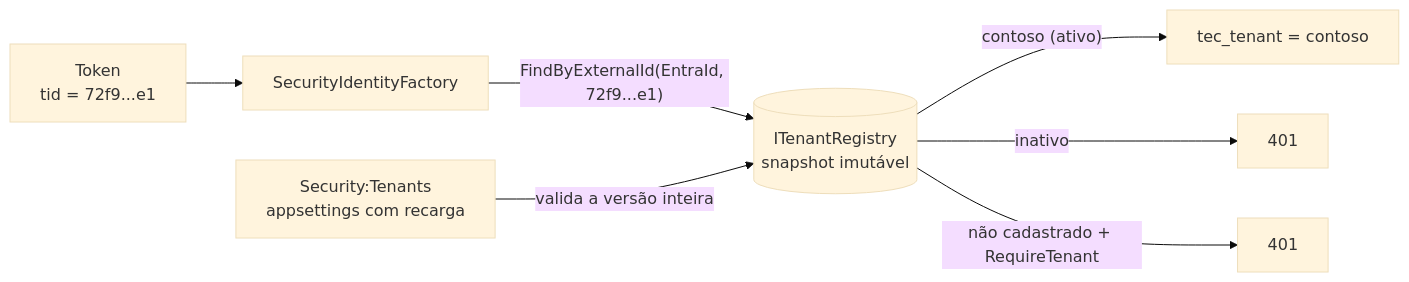
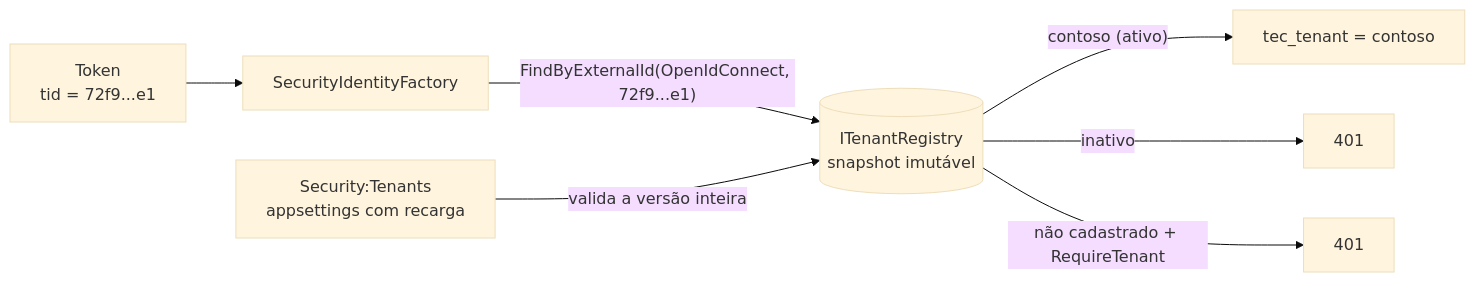
Before and after one commit to tudoemcodigo/lib-tec-security: the diagram in docs/tenants.md, drawn with Mermaid (base theme). The commit also changed other lines of this file and 37 other files, not shown here.

````diff
--- a/docs/tenants.md
+++ b/docs/tenants.md
@@ -24,9 +24,9 @@
 ```mermaid
 flowchart LR
     TK["Token<br/>tid = 72f9...e1"] --> F["SecurityIdentityFactory"]
-    F -->|"FindByExternalId(EntraId, 72f9...e1)"| R[("ITenantRegistry<br/>snapshot imutável")]
+    F -->|"FindByExternalId(OpenIdConnect, 72f9...e1)"| R[("ITenantRegistry<br/>snapshot imutável")]
     R -->|"contoso (ativo)"| N["tec_tenant = contoso"]
     R -->|"inativo"| X1["401"]
     R -->|"não cadastrado + RequireTenant"| X2["401"]
     CFG["Security:Tenants<br/>appsettings com recarga"] -->|"valida a versão inteira"| R
 ```
````
